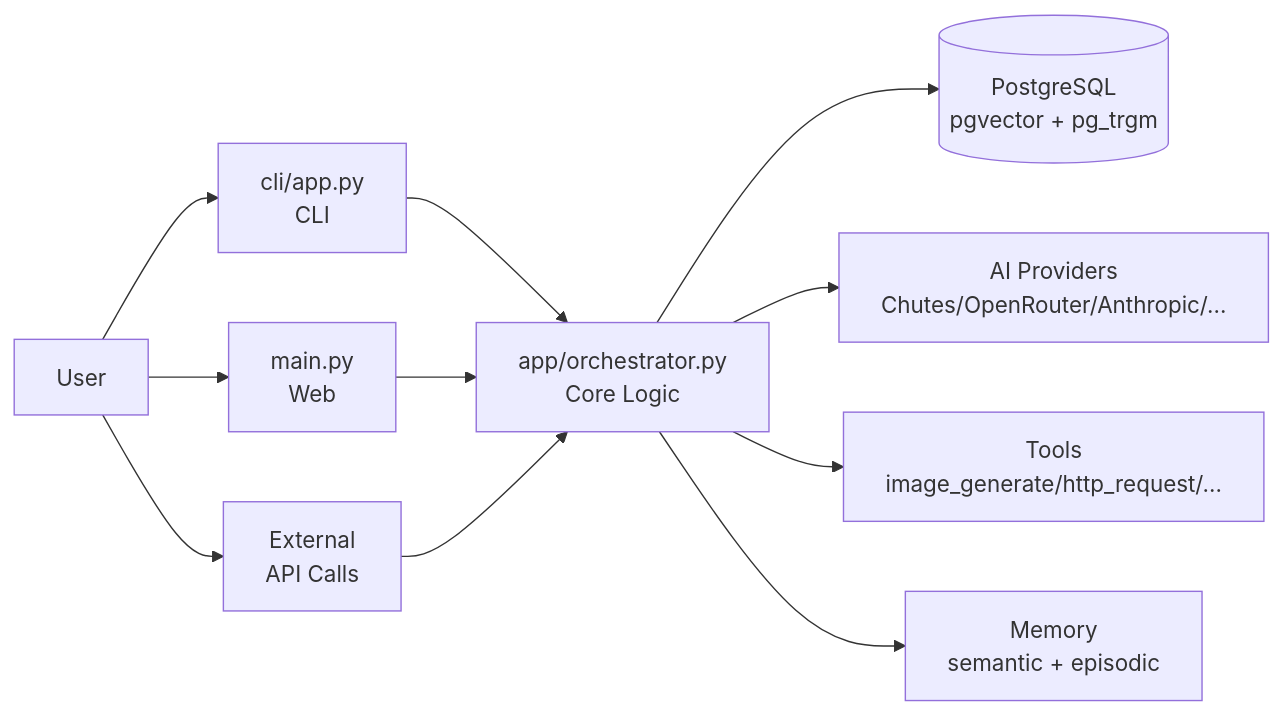
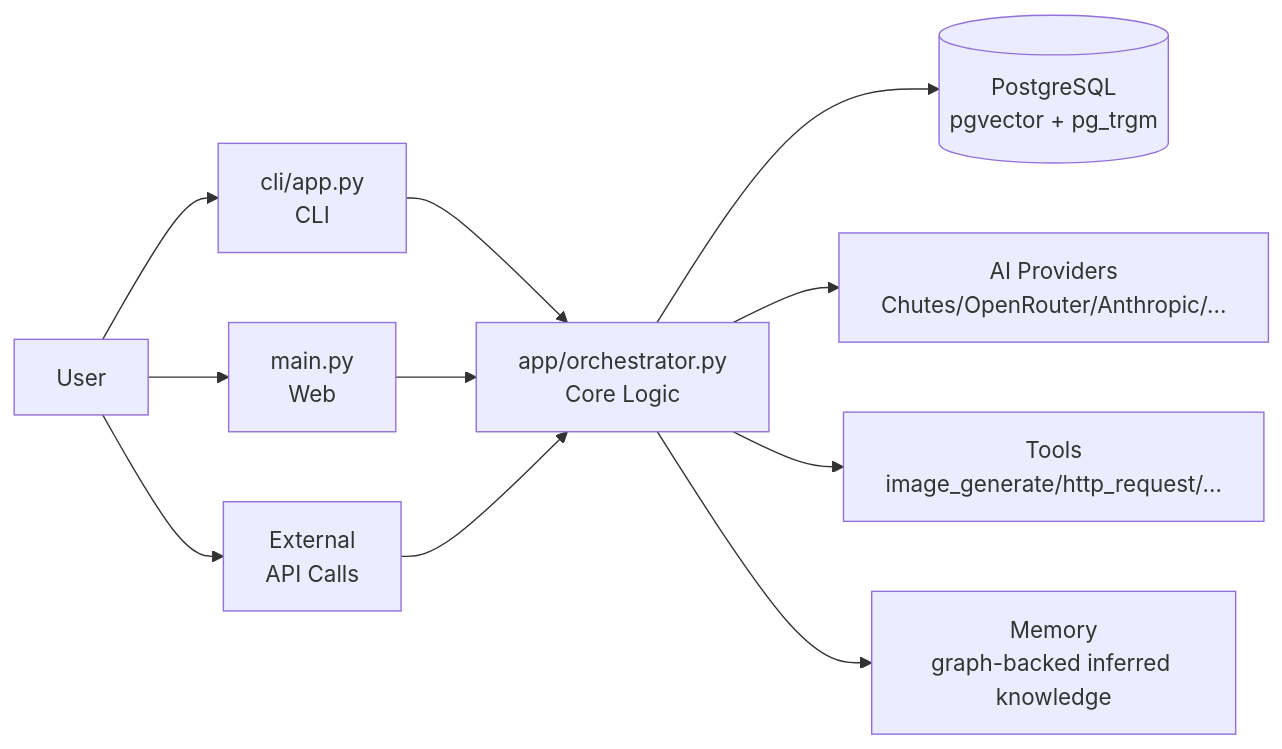
Before and after one commit to icedeyes12/yuzu-core: the first of 7 diagrams in app/README.md, drawn with Mermaid. The commit also changed other lines of this file and 61 other files, not shown here.

First line of the commit message:
refactor(memory): complete memory architecture recovery

````diff
--- a/app/README.md
+++ b/app/README.md
@@ -44,15 +44,15 @@
 ```mermaid
 graph LR
     A[User] --> B[cli/app.py<br/>CLI]
     A --> C[main.py<br/>Web]
     A --> D[External<br/>API Calls]
 
     B --> E[app/orchestrator.py<br/>Core Logic]
     C --> E
     D --> E
 
     E --> F[(PostgreSQL<br/>pgvector + pg_trgm)]
     E --> G[AI Providers<br/>Chutes/OpenRouter/Anthropic/...]
     E --> H[Tools<br/>image_generate/http_request/...]
-    E --> I[Memory<br/>semantic + episodic]
+    E --> I[Memory<br/>graph-backed inferred knowledge]
 ```
````
